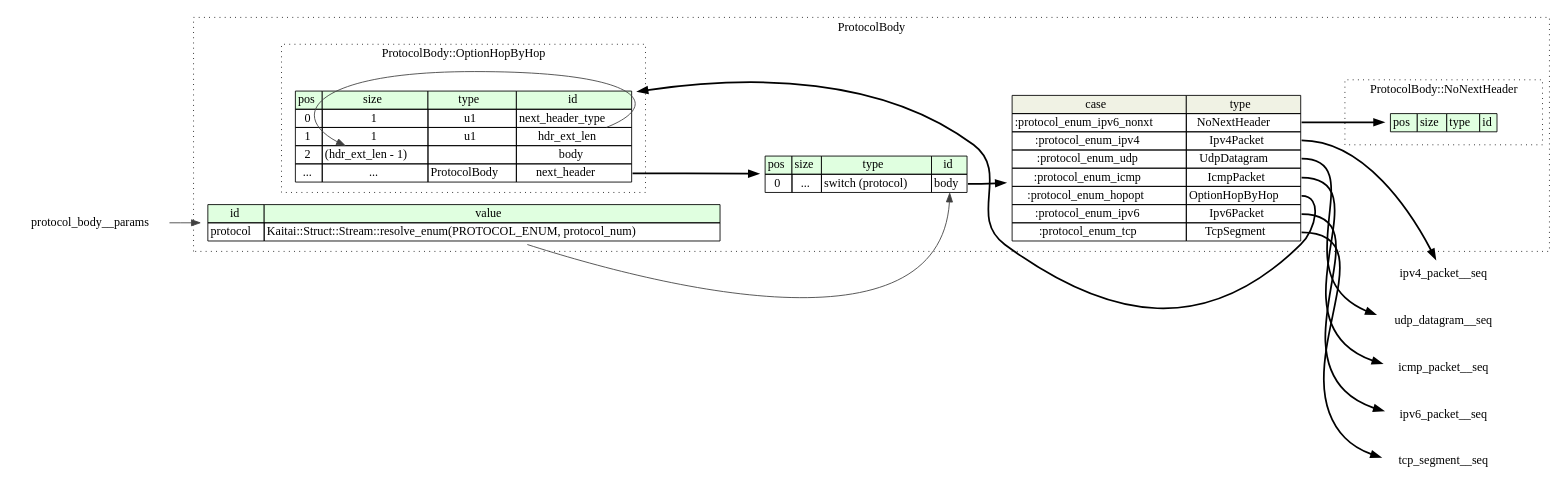
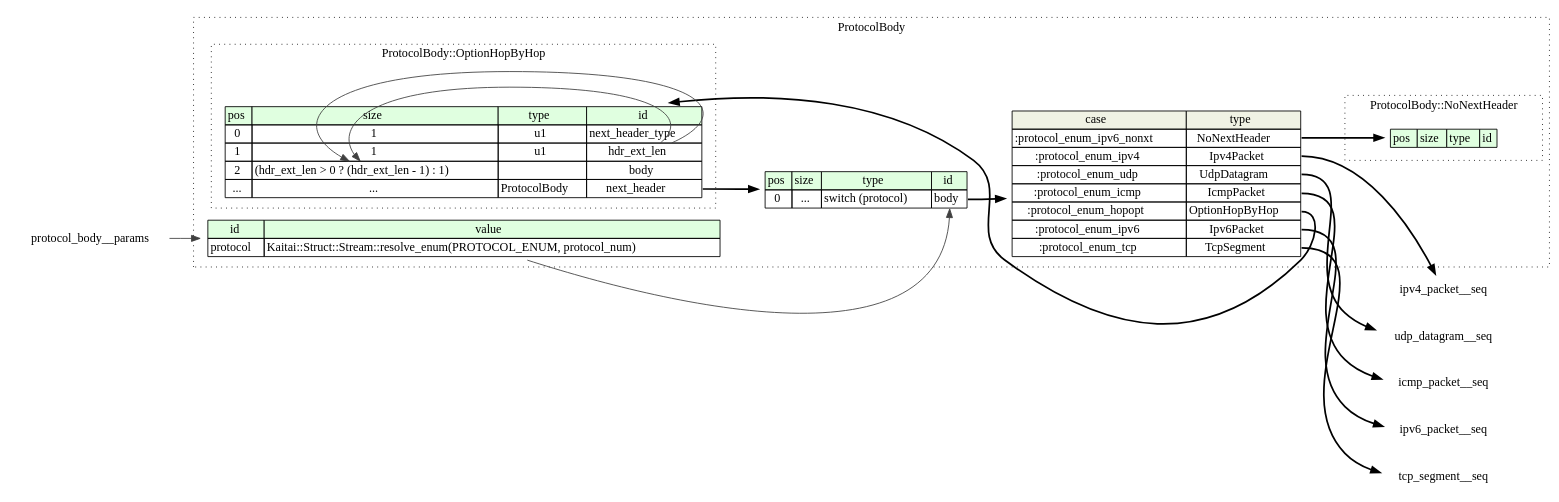
Before and after one commit to kaitai-io/formats-kaitai-io.github.io: the diagram in protocol_body/src/graphviz/protocol_body.dot, drawn with Graphviz. The commit also changed 53 other files, not shown here.

```diff
--- a/protocol_body/src/graphviz/protocol_body.dot
+++ b/protocol_body/src/graphviz/protocol_body.dot
@@ -1,59 +1,60 @@
 digraph {
 	rankdir=LR;
 	node [shape=plaintext];
 	subgraph cluster__protocol_body {
 		label="ProtocolBody";
 		graph[style=dotted];
 
 		protocol_body__seq [label=<<TABLE BORDER="0" CELLBORDER="1" CELLSPACING="0">
 			<TR><TD BGCOLOR="#E0FFE0">pos</TD><TD BGCOLOR="#E0FFE0">size</TD><TD BGCOLOR="#E0FFE0">type</TD><TD BGCOLOR="#E0FFE0">id</TD></TR>
 			<TR><TD PORT="body_pos">0</TD><TD PORT="body_size">...</TD><TD>switch (protocol)</TD><TD PORT="body_type">body</TD></TR>
 		</TABLE>>];
 		protocol_body__inst__protocol [label=<<TABLE BORDER="0" CELLBORDER="1" CELLSPACING="0">
 			<TR><TD BGCOLOR="#E0FFE0">id</TD><TD BGCOLOR="#E0FFE0">value</TD></TR>
 			<TR><TD>protocol</TD><TD>Kaitai::Struct::Stream::resolve_enum(PROTOCOL_ENUM, protocol_num)</TD></TR>
 		</TABLE>>];
 protocol_body__seq_body_switch [label=<<TABLE BORDER="0" CELLBORDER="1" CELLSPACING="0">
 	<TR><TD BGCOLOR="#F0F2E4">case</TD><TD BGCOLOR="#F0F2E4">type</TD></TR>
 	<TR><TD>:protocol_enum_ipv6_nonxt</TD><TD PORT="case0">NoNextHeader</TD></TR>
 	<TR><TD>:protocol_enum_ipv4</TD><TD PORT="case1">Ipv4Packet</TD></TR>
 	<TR><TD>:protocol_enum_udp</TD><TD PORT="case2">UdpDatagram</TD></TR>
 	<TR><TD>:protocol_enum_icmp</TD><TD PORT="case3">IcmpPacket</TD></TR>
 	<TR><TD>:protocol_enum_hopopt</TD><TD PORT="case4">OptionHopByHop</TD></TR>
 	<TR><TD>:protocol_enum_ipv6</TD><TD PORT="case5">Ipv6Packet</TD></TR>
 	<TR><TD>:protocol_enum_tcp</TD><TD PORT="case6">TcpSegment</TD></TR>
 </TABLE>>];
 		subgraph cluster__no_next_header {
 			label="ProtocolBody::NoNextHeader";
 			graph[style=dotted];
 
 			no_next_header__seq [label=<<TABLE BORDER="0" CELLBORDER="1" CELLSPACING="0">
 				<TR><TD BGCOLOR="#E0FFE0">pos</TD><TD BGCOLOR="#E0FFE0">size</TD><TD BGCOLOR="#E0FFE0">type</TD><TD BGCOLOR="#E0FFE0">id</TD></TR>
 			</TABLE>>];
 		}
 		subgraph cluster__option_hop_by_hop {
 			label="ProtocolBody::OptionHopByHop";
 			graph[style=dotted];
 
 			option_hop_by_hop__seq [label=<<TABLE BORDER="0" CELLBORDER="1" CELLSPACING="0">
 				<TR><TD BGCOLOR="#E0FFE0">pos</TD><TD BGCOLOR="#E0FFE0">size</TD><TD BGCOLOR="#E0FFE0">type</TD><TD BGCOLOR="#E0FFE0">id</TD></TR>
 				<TR><TD PORT="next_header_type_pos">0</TD><TD PORT="next_header_type_size">1</TD><TD>u1</TD><TD PORT="next_header_type_type">next_header_type</TD></TR>
 				<TR><TD PORT="hdr_ext_len_pos">1</TD><TD PORT="hdr_ext_len_size">1</TD><TD>u1</TD><TD PORT="hdr_ext_len_type">hdr_ext_len</TD></TR>
-				<TR><TD PORT="body_pos">2</TD><TD PORT="body_size">(hdr_ext_len - 1)</TD><TD></TD><TD PORT="body_type">body</TD></TR>
+				<TR><TD PORT="body_pos">2</TD><TD PORT="body_size">(hdr_ext_len &gt; 0 ? (hdr_ext_len - 1) : 1)</TD><TD></TD><TD PORT="body_type">body</TD></TR>
 				<TR><TD PORT="next_header_pos">...</TD><TD PORT="next_header_size">...</TD><TD>ProtocolBody</TD><TD PORT="next_header_type">next_header</TD></TR>
 			</TABLE>>];
 		}
 	}
 	protocol_body__seq:body_type -> protocol_body__seq_body_switch [style=bold];
 	protocol_body__seq_body_switch:case0 -> no_next_header__seq [style=bold];
 	protocol_body__seq_body_switch:case1 -> ipv4_packet__seq [style=bold];
 	protocol_body__seq_body_switch:case2 -> udp_datagram__seq [style=bold];
 	protocol_body__seq_body_switch:case3 -> icmp_packet__seq [style=bold];
 	protocol_body__seq_body_switch:case4 -> option_hop_by_hop__seq [style=bold];
 	protocol_body__seq_body_switch:case5 -> ipv6_packet__seq [style=bold];
 	protocol_body__seq_body_switch:case6 -> tcp_segment__seq [style=bold];
 	protocol_body__inst__protocol:protocol_type -> protocol_body__seq:body_type [color="#404040"];
 	protocol_body__params:protocol_num_type -> protocol_body__inst__protocol [color="#404040"];
 	option_hop_by_hop__seq:hdr_ext_len_type -> option_hop_by_hop__seq:body_size [color="#404040"];
+	option_hop_by_hop__seq:hdr_ext_len_type -> option_hop_by_hop__seq:body_size [color="#404040"];
 	option_hop_by_hop__seq:next_header_type -> protocol_body__seq [style=bold];
 }
```
